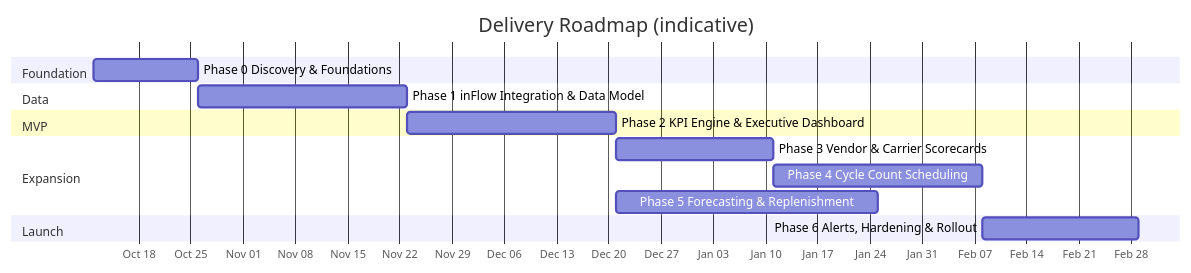
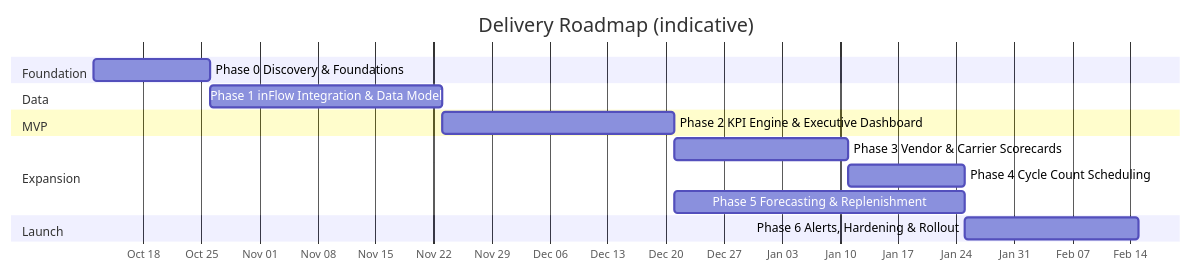
Diagram 12 of 12 in docs/SYSTEM_DESIGN.md (mdonaldson-prog/Dashboard), drawn with Mermaid before and after one commit. The commit also changed other lines of this file, not shown here.

First line of the commit message:
Narrow cycle counts to velocity-based scheduling only

````diff
--- a/docs/SYSTEM_DESIGN.md
+++ b/docs/SYSTEM_DESIGN.md
@@ -1166,18 +1141,18 @@
 ```mermaid
 gantt
     dateFormat  YYYY-MM-DD
     axisFormat  %b %d
     title Delivery Roadmap (indicative)
     section Foundation
     Phase 0 Discovery & Foundations     :p0, 2026-10-12, 2w
     section Data
     Phase 1 inFlow Integration & Data Model :p1, after p0, 4w
     section MVP
     Phase 2 KPI Engine & Executive Dashboard :p2, after p1, 4w
     section Expansion
     Phase 3 Vendor & Carrier Scorecards  :p3, after p2, 3w
-    Phase 4 Cycle Count Scheduling       :p4, after p3, 4w
+    Phase 4 Cycle Count Scheduling       :p4, after p3, 2w
     Phase 5 Forecasting & Replenishment  :p5, after p2, 5w
     section Launch
     Phase 6 Alerts, Hardening & Rollout  :p6, after p4, 3w
 ```
````
